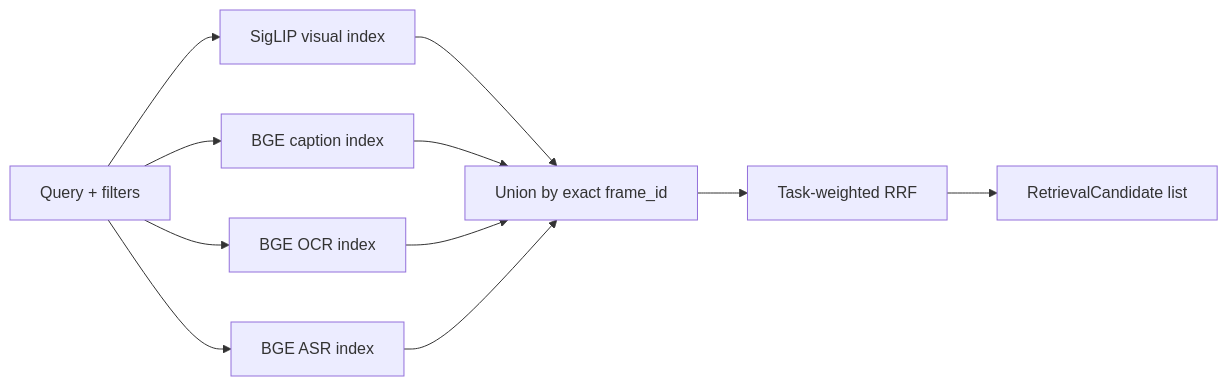
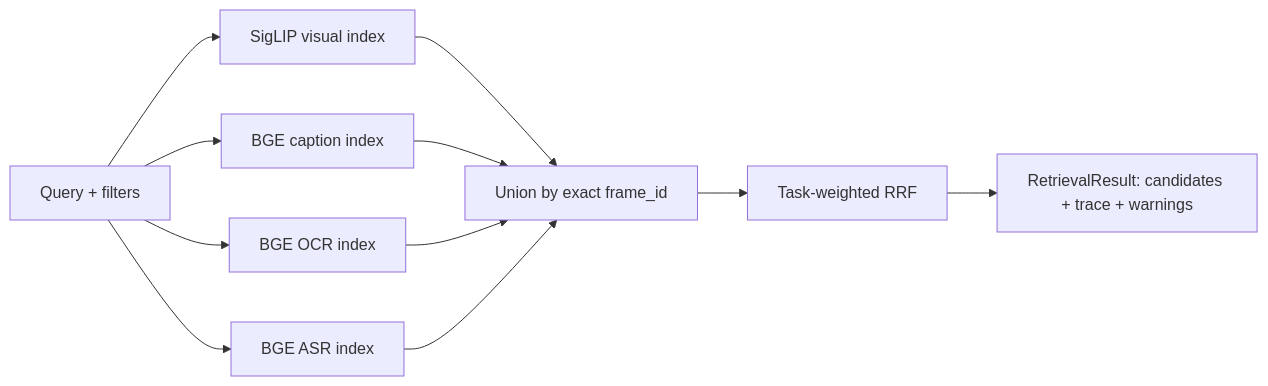
Before and after one commit to khang1108/MLeCDanBGold: the diagram in src/hcmai/retriever/README.md, drawn with Mermaid. The commit also changed other lines of this file and 17 other files, not shown here.

````diff
--- a/src/hcmai/retriever/README.md
+++ b/src/hcmai/retriever/README.md
@@ -69,14 +74,14 @@
 ```mermaid
 flowchart LR
     Q["Query + filters"]
     Q --> V["SigLIP visual index"]
     Q --> C["BGE caption index"]
     Q --> O["BGE OCR index"]
     Q --> A["BGE ASR index"]
     V --> U["Union by exact frame_id"]
     C --> U
     O --> U
     A --> U
     U --> F["Task-weighted RRF"]
-    F --> R["RetrievalCandidate list"]
+    F --> R["RetrievalResult: candidates + trace + warnings"]
 ```
````
